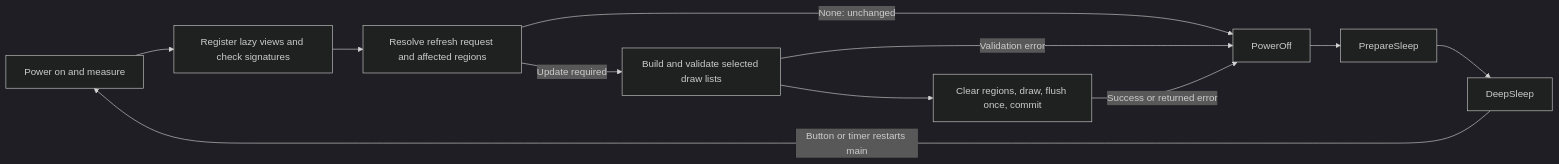
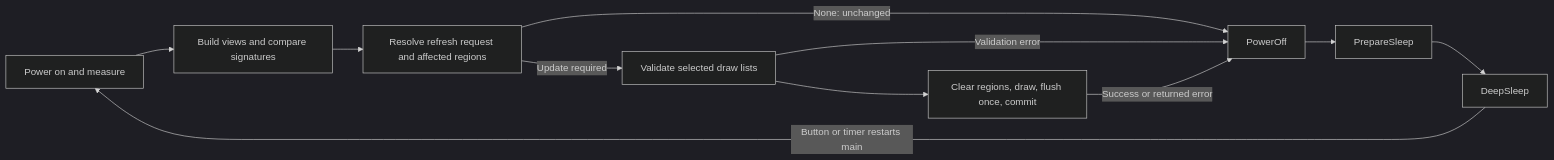
The diagram in README.md (Famoto/fetchbadge), drawn with Mermaid (dark theme) before and after one commit. The commit also changed other lines of this file and 12 other files, not shown here.

````diff
--- a/README.md
+++ b/README.md
@@ -62,12 +62,12 @@
 ```mermaid
 flowchart LR
-    Measure[Power on and measure] --> Register[Register lazy views and check signatures]
+    Measure[Power on and measure] --> Register[Build views and compare signatures]
     Register --> Plan[Resolve refresh request and affected regions]
-    Plan -->|Update required| Prepare[Build and validate selected draw lists]
+    Plan -->|Update required| Prepare[Validate selected draw lists]
     Prepare --> Update[Clear regions, draw, flush once, commit]
     Plan -->|None: unchanged| PowerOff
     Prepare -->|Validation error| PowerOff
     Update -->|Success or returned error| PowerOff
     PowerOff --> PrepareSleep --> DeepSleep
     DeepSleep -->|Button or timer restarts main| Measure
 ```
````
